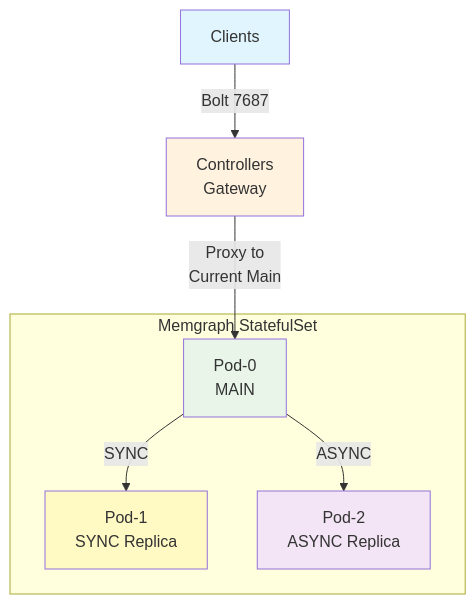
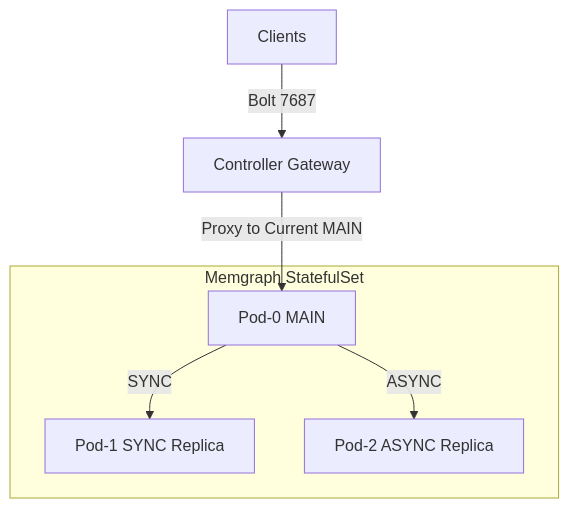
One commit to rophy/memgraph-controller changed the diagram in README.md. Above: the diagram before and after it, drawn with Mermaid. The commit also changed other lines of this file and 2 other files, not shown here.

````diff
--- a/README.md
+++ b/README.md
@@ -9,20 +62,14 @@
 ```mermaid
 graph TD
-    Clients[Clients] -->|Bolt 7687| Controllers[Controllers<br/>Gateway]
-    Controllers -->|Proxy to<br/>Current Main| Pod0
+    Clients[Clients] -->|Bolt 7687| Gateway[Controller Gateway]
+    Gateway -->|Proxy to Current MAIN| Pod0
     
-    subgraph MemgraphCluster[Memgraph StatefulSet]
-        Pod0[Pod-0<br/>MAIN]
-        Pod1[Pod-1<br/>SYNC Replica]
-        Pod2[Pod-2<br/>ASYNC Replica]
+    subgraph Cluster[Memgraph StatefulSet]
+        Pod0[Pod-0 MAIN]
+        Pod1[Pod-1 SYNC Replica]
+        Pod2[Pod-2 ASYNC Replica]
     end
     
     Pod0 -->|SYNC| Pod1
     Pod0 -->|ASYNC| Pod2
-    
-    style Clients fill:#e1f5fe
-    style Controllers fill:#fff3e0
-    style Pod0 fill:#e8f5e8
-    style Pod1 fill:#fff9c4
-    style Pod2 fill:#f3e5f5
 ```
````
